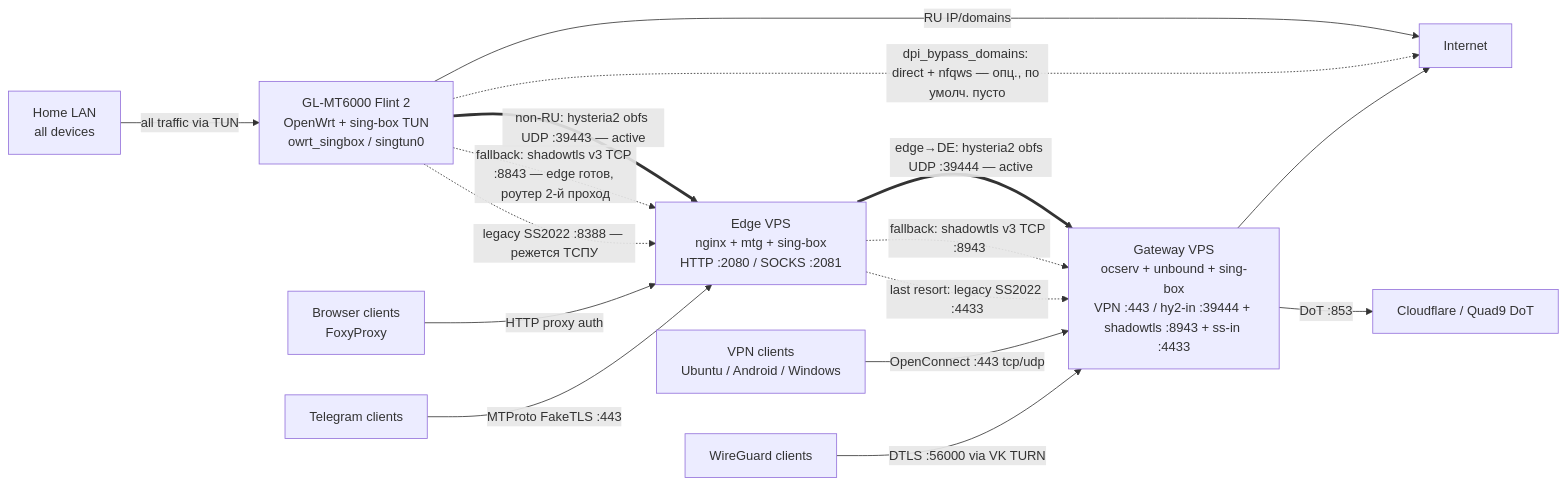
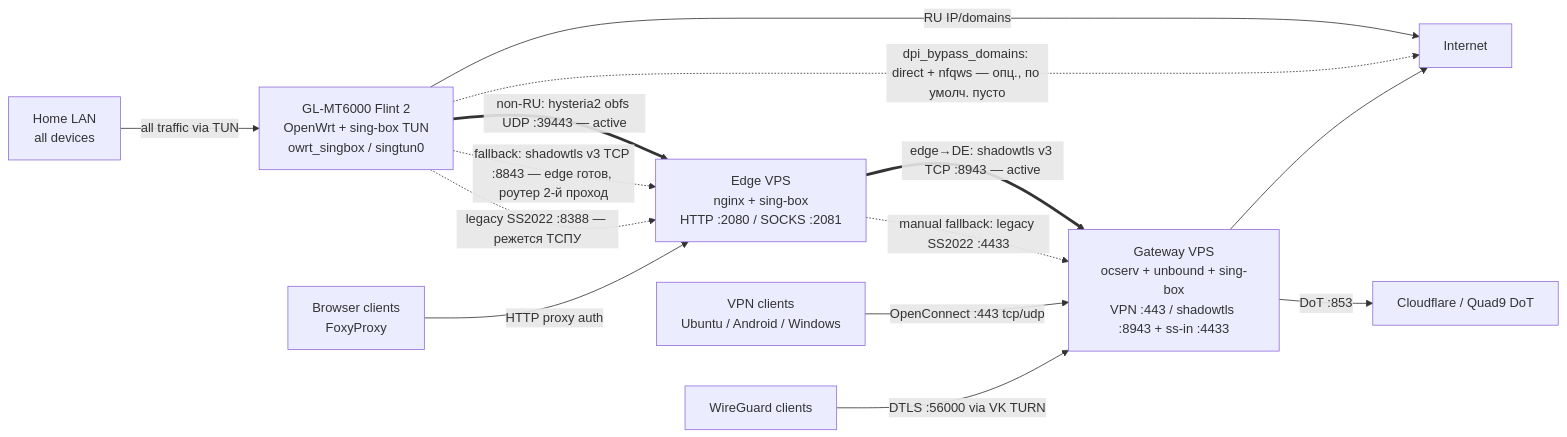
Before and after one commit to panalex/home-vpn: the diagram in README.md, drawn with Mermaid. The commit also changed other lines of this file and 29 other files, not shown here.

````diff
--- a/README.md
+++ b/README.md
@@ -23,29 +21,26 @@
 ```mermaid
 flowchart LR
     U1[VPN clients\nUbuntu / Android / Windows]
     U2[Browser clients\nFoxyProxy]
-    U3[Telegram clients]
     U4[Home LAN\nall devices]
 
     FL[GL-MT6000 Flint 2\nOpenWrt + sing-box TUN\nowrt_singbox / singtun0]
-    RU[Edge VPS\nnginx + mtg + sing-box\nHTTP :2080 / SOCKS :2081]
-    DE[Gateway VPS\nocserv + unbound + sing-box\nVPN :443 / hy2-in :39444 + shadowtls :8943 + ss-in :4433]
+    RU[Edge VPS\nnginx + sing-box\nHTTP :2080 / SOCKS :2081]
+    DE[Gateway VPS\nocserv + unbound + sing-box\nVPN :443 / shadowtls :8943 + ss-in :4433]
     NET[Internet]
     DNS[Cloudflare / Quad9 DoT]
 
     U4 -->|all traffic via TUN| FL
     FL -->|RU IP/domains| NET
     FL -.->|dpi_bypass_domains: direct + nfqws — опц., по умолч. пусто| NET
     FL ==>|non-RU: hysteria2 obfs UDP :39443 — active| RU
     FL -.->|fallback: shadowtls v3 TCP :8843 — edge готов, роутер 2-й проход| RU
     FL -.->|legacy SS2022 :8388 — режется ТСПУ| RU
     U2 -->|HTTP proxy auth| RU
-    U3 -->|MTProto FakeTLS :443| RU
-    RU ==>|edge→DE: hysteria2 obfs UDP :39444 — active| DE
-    RU -.->|fallback: shadowtls v3 TCP :8943| DE
-    RU -.->|last resort: legacy SS2022 :4433| DE
+    RU ==>|edge→DE: shadowtls v3 TCP :8943 — active| DE
+    RU -.->|manual fallback: legacy SS2022 :4433| DE
     U1 -->|OpenConnect :443 tcp/udp| DE
     U5[WireGuard clients] -->|DTLS :56000 via VK TURN| DE
     DE --> NET
     DE -->|DoT :853| DNS
 ```
````
